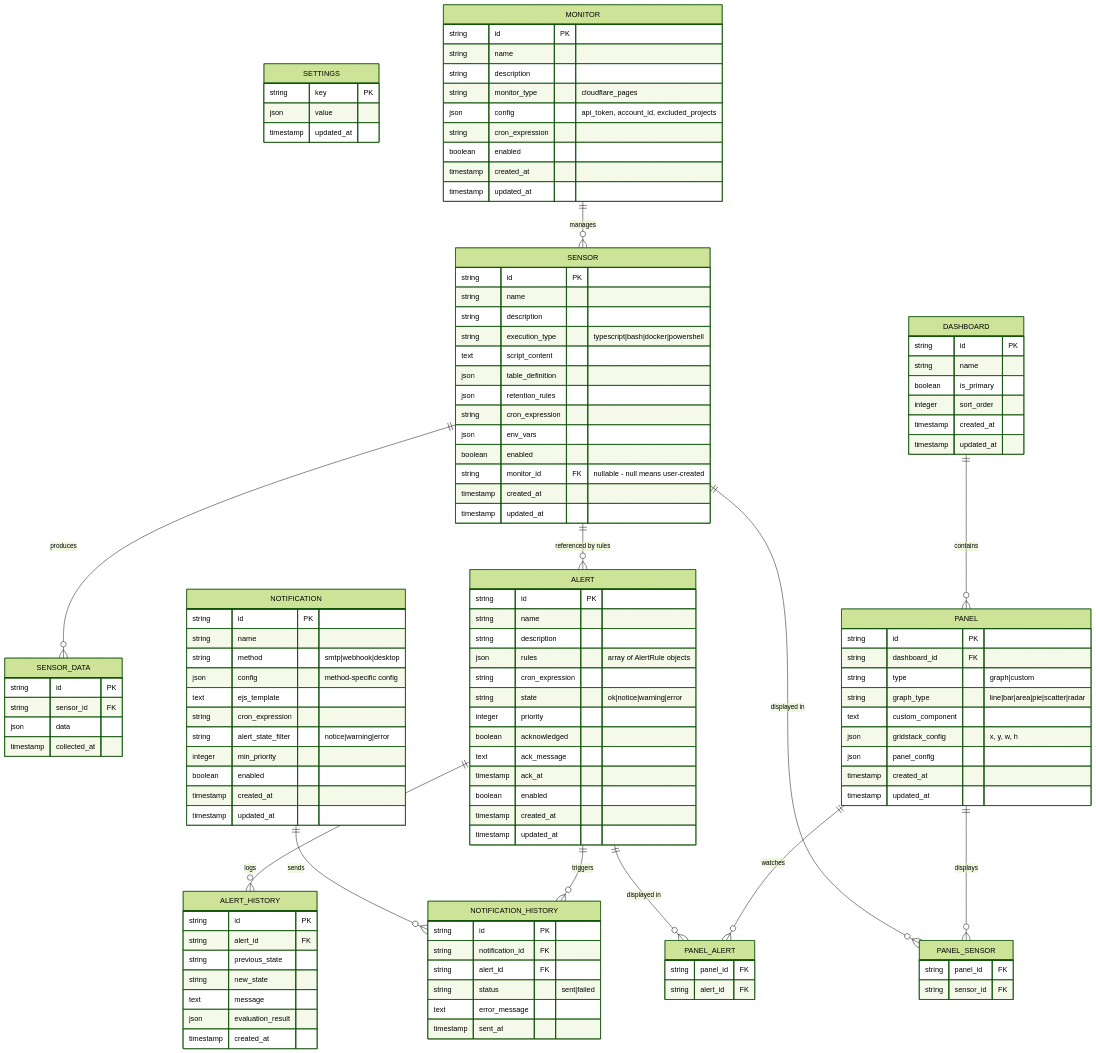
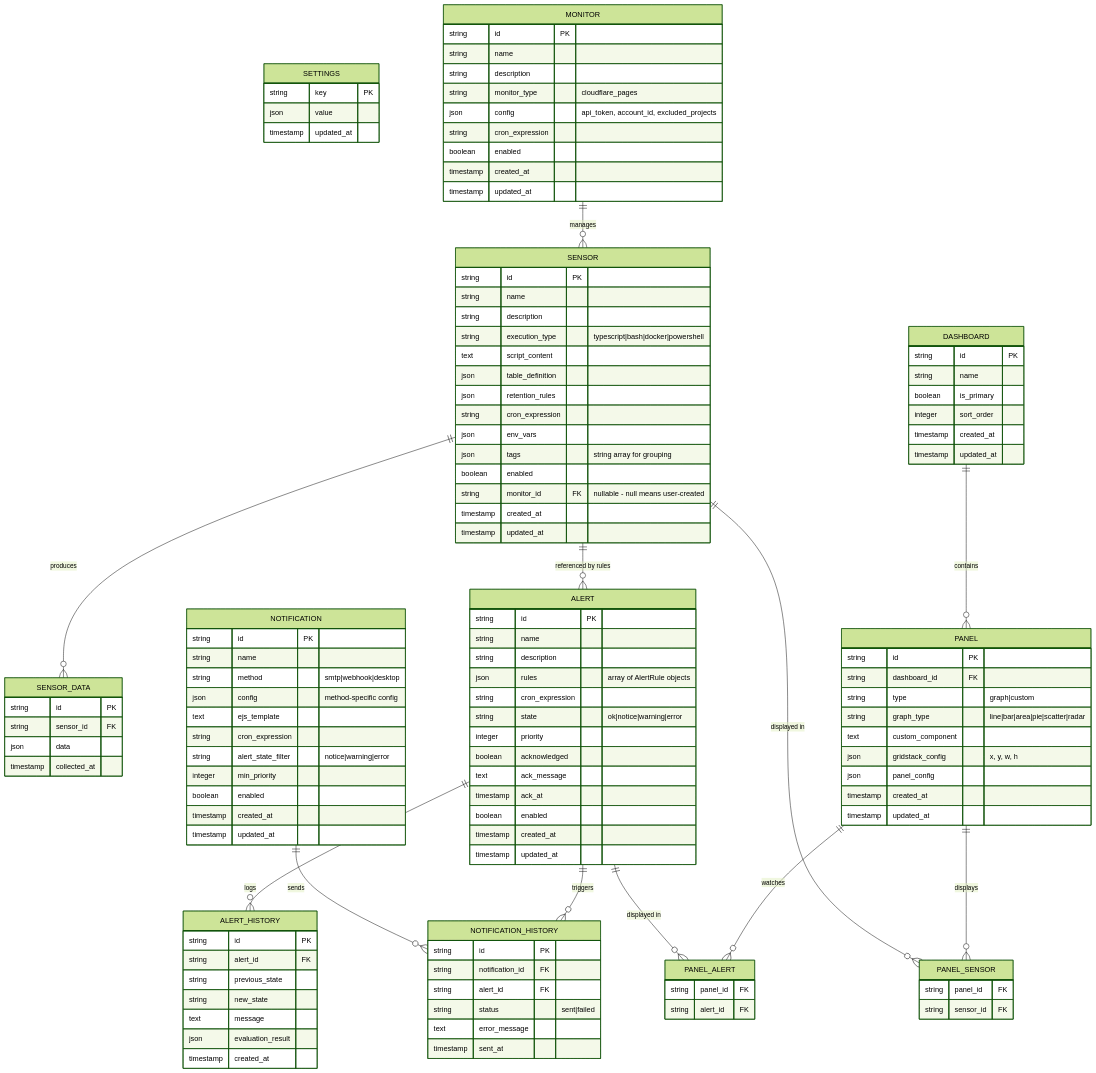
One commit to Azerothian/dash changed the second of 15 diagrams in docs/specification.md. Above: the diagram before and after it, drawn with Mermaid (forest theme). The commit also changed other lines of this file and 14 other files, not shown here.

```diff
--- a/docs/specification.md
+++ b/docs/specification.md
@@ -89,6 +89,7 @@
         json retention_rules
         string cron_expression
         json env_vars
+        json tags "string array for grouping"
         boolean enabled
         string monitor_id FK "nullable - null means user-created"
         timestamp created_at
```
